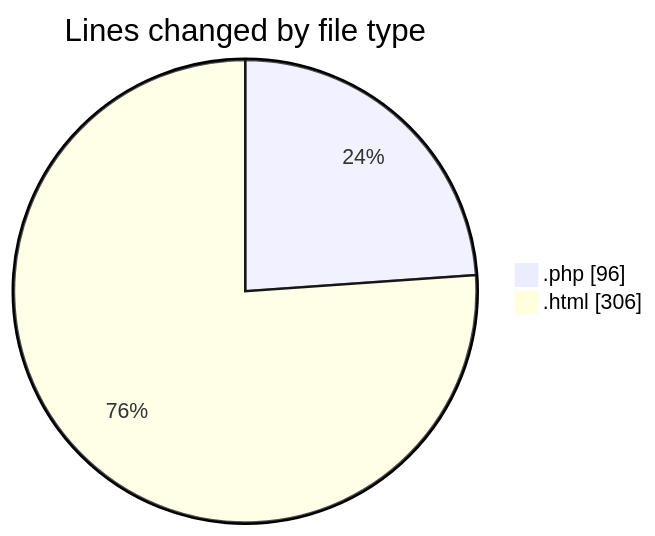
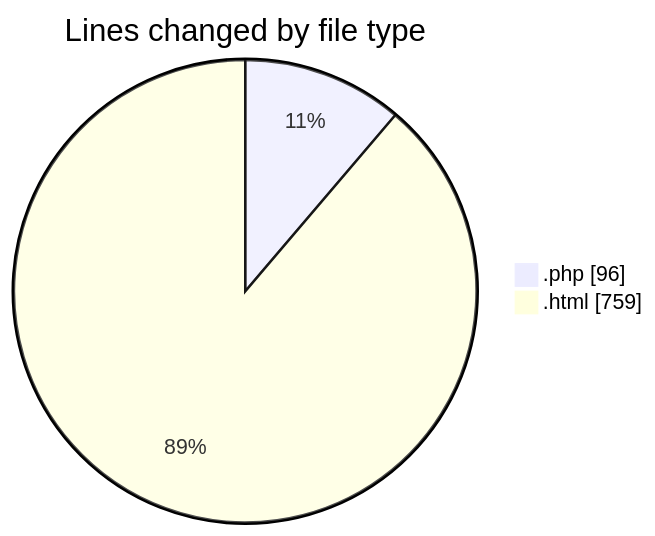
One commit to FelipKnott/code-tracking changed the first of 2 diagrams in 2025-09-06/erp-alpha/README.md. Above: the diagram before and after it, drawn with Mermaid. The commit also changed other lines of this file and 1 other file, not shown here.

````diff
--- a/2025-09-06/erp-alpha/README.md
+++ b/2025-09-06/erp-alpha/README.md
@@ -21,6 +22,6 @@
 ```mermaid
 pie showData
 title Lines changed by file type
 ".php" : 96
-".html" : 306
+".html" : 759
 ```
````
